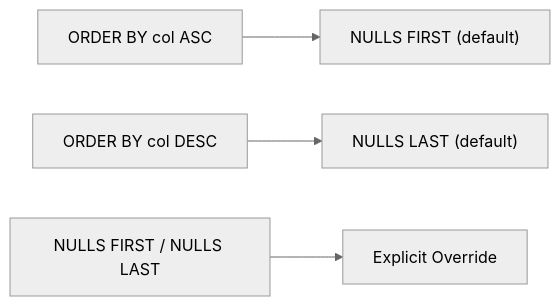
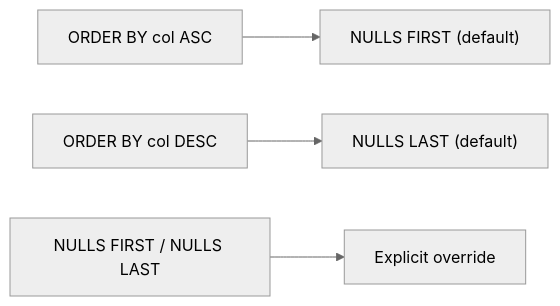
Before and after one commit to mahfooziiitian/spark-batch: the diagram in spark-sql/docs/nulls/ordering.md, drawn with Mermaid (neutral theme). The commit also changed other lines of this file and 223 other files, not shown here.

````diff
--- a/spark-sql/docs/nulls/ordering.md
+++ b/spark-sql/docs/nulls/ordering.md
@@ -8,6 +9,6 @@
 ```mermaid
 graph LR
     A["ORDER BY col ASC"] --> B["NULLS FIRST (default)"]
     C["ORDER BY col DESC"] --> D["NULLS LAST (default)"]
-    E["NULLS FIRST / NULLS LAST"] --> F["Explicit Override"]
+    E["NULLS FIRST / NULLS LAST"] --> F["Explicit override"]
 ```
````
